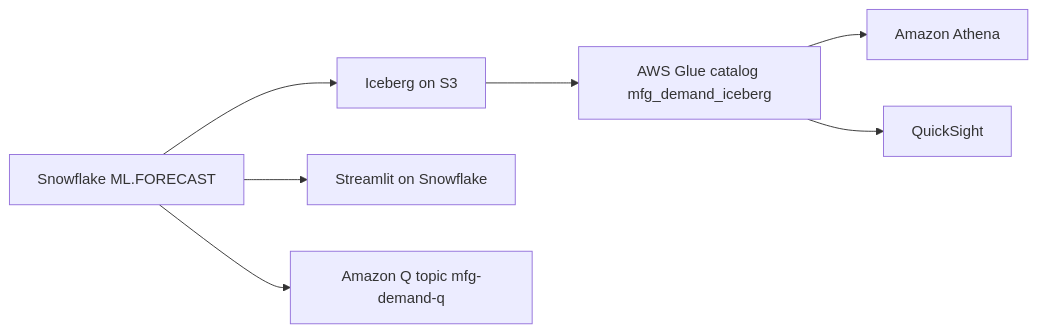
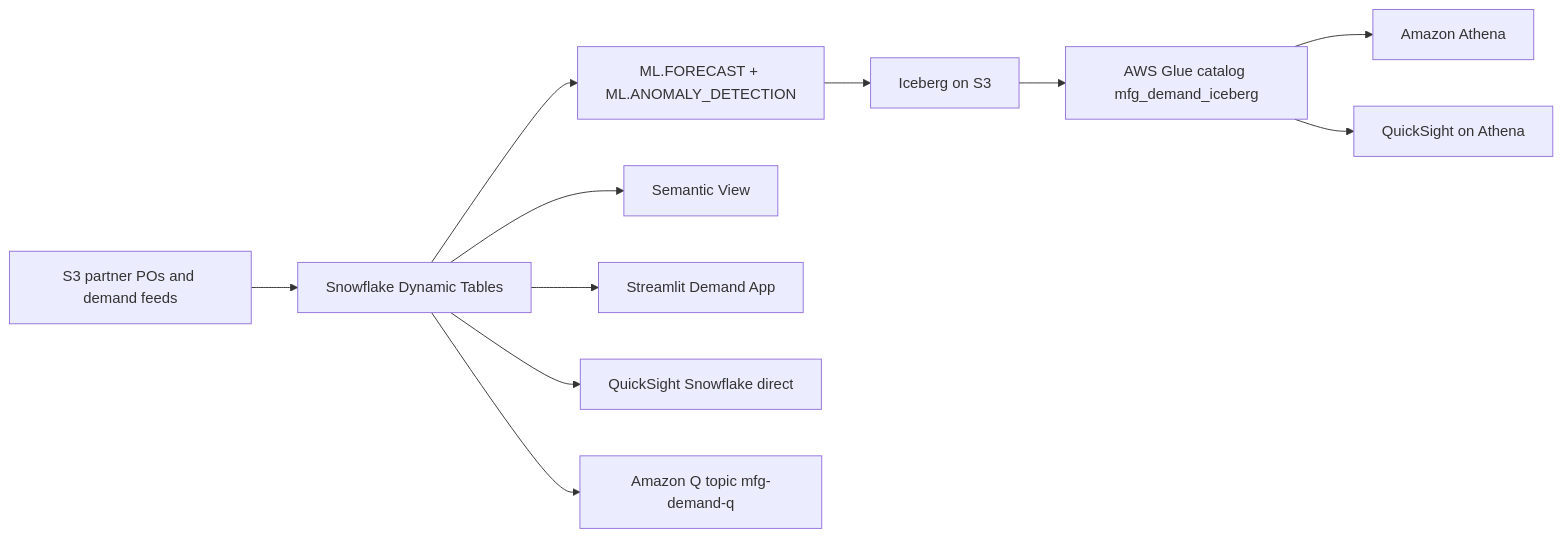
One commit to sfc-gh-jasvestis/aws-manufacturing-demand changed the diagram in README.md. Above: the diagram before and after it, drawn with Mermaid. The commit also changed other lines of this file, not shown here.

Commit message:
Merge AWS Hero into Architecture as one balanced Snowflake+AWS section

````diff
--- a/README.md
+++ b/README.md
@@ -9,9 +9,13 @@
 ```mermaid
 flowchart LR
-    SF[Snowflake ML.FORECAST] --> ICE[Iceberg on S3]
+    S3[S3 partner POs and demand feeds] --> SF[Snowflake Dynamic Tables]
+    SF --> ML[ML.FORECAST + ML.ANOMALY_DETECTION]
+    ML --> ICE[Iceberg on S3]
     ICE --> GLUE[AWS Glue catalog mfg_demand_iceberg]
     GLUE --> ATH[Amazon Athena]
-    GLUE --> QS[QuickSight]
-    SF --> SS[Streamlit on Snowflake]
+    SF --> SemView[Semantic View]
+    SF --> ST[Streamlit Demand App]
+    SF --> QSDirect[QuickSight Snowflake direct]
+    GLUE --> QSAth[QuickSight on Athena]
     SF --> AQ[Amazon Q topic mfg-demand-q]
 ```
````
